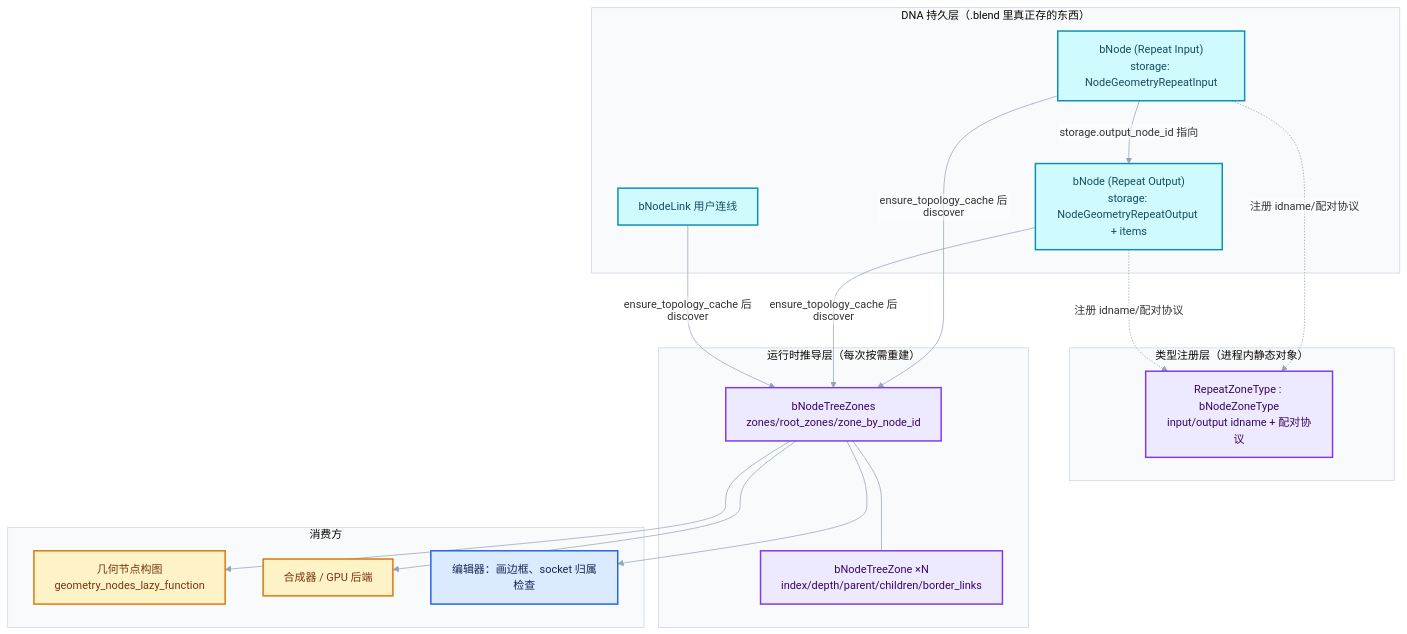
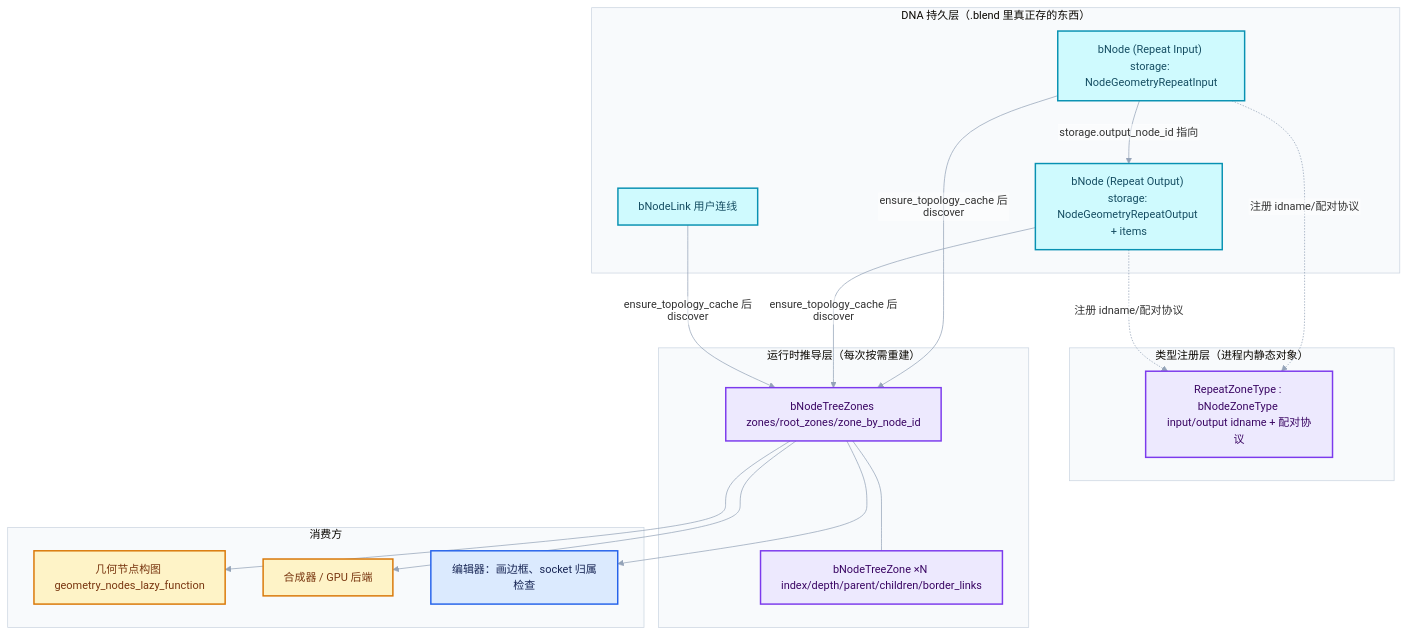
One commit to yunkezengren/blender-.vscode changed the third of 8 diagrams in 杂/markdown/重复区域-dsh/01-Zone系统基础/01-NodeTreeZone区域表示与配对.md. Above: the diagram before and after it, drawn with Mermaid. The commit also changed other lines of this file and 27 other files, not shown here.

````diff
--- a/杂/markdown/重复区域-dsh/01-Zone系统基础/01-NodeTreeZone区域表示与配对.md
+++ b/杂/markdown/重复区域-dsh/01-Zone系统基础/01-NodeTreeZone区域表示与配对.md
@@ -329,34 +243,34 @@
 ```mermaid
 %%{init: {"theme":"base","themeVariables":{"fontFamily":"\"Segoe UI\",\"Microsoft YaHei\",sans-serif","fontSize":"15px","lineColor":"#94A3B8","edgeLabelBackground":"#FFFFFF","clusterBkg":"#F8FAFC","clusterBorder":"#CBD5E1"},"flowchart":{"htmlLabels":false,"curve":"basis","nodeSpacing":52,"rankSpacing":64,"padding":14,"diagramPadding":16,"useMaxWidth":true},"sequence":{"useMaxWidth":true,"wrap":true,"mirrorActors":false,"messageMargin":36}}}%%
 flowchart TB
   subgraph DNA["DNA 持久层（.blend 里真正存的东西）"]
-    N1["bNode (Repeat Input)<br/>storage: NodeGeometryRepeatInput"]:::data
-    N2["bNode (Repeat Output)<br/>storage: NodeGeometryRepeatOutput + items"]:::data
+    N1["bNode (Repeat Input) storage: NodeGeometryRepeatInput"]:::data
+    N2["bNode (Repeat Output) storage: NodeGeometryRepeatOutput + items"]:::data
     L1["bNodeLink 用户连线"]:::data
   end
   subgraph REG["类型注册层（进程内静态对象）"]
-    ZT["RepeatZoneType : bNodeZoneType<br/>input/output idname + 配对协议"]:::abstraction
+    ZT["RepeatZoneType : bNodeZoneType input/output idname + 配对协议"]:::abstraction
   end
   subgraph RT["运行时推导层（每次按需重建）"]
-    Z["bNodeTreeZone ×N<br/>index/depth/parent/children/border_links"]:::abstraction
-    ZS["bNodeTreeZones<br/>zones/root_zones/zone_by_node_id"]:::abstraction
+    Z["bNodeTreeZone ×N index/depth/parent/children/border_links"]:::abstraction
+    ZS["bNodeTreeZones zones/root_zones/zone_by_node_id"]:::abstraction
   end
   subgraph USE["消费方"]
-    GEO["几何节点构图<br/>geometry_nodes_lazy_function"]:::compute
+    GEO["几何节点构图 geometry_nodes_lazy_function"]:::compute
     CMP["合成器 / GPU 后端"]:::compute
     UI["编辑器：画边框、socket 归属检查"]:::input
   end
   N1 -->|"storage.output_node_id 指向"| N2
   N1 & N2 -.->|"注册 idname/配对协议"| ZT
   N1 & N2 & L1 -->|"ensure_topology_cache 后 discover"| ZS
   ZS --- Z
   ZS --> GEO
   ZS --> CMP
   ZS --> UI
   classDef input fill:#DBEAFE,stroke:#2563EB,color:#172554,stroke-width:2px;
   classDef data fill:#CFFAFE,stroke:#0891B2,color:#164E63,stroke-width:2px;
   classDef abstraction fill:#EDE9FE,stroke:#7C3AED,color:#3B0764,stroke-width:2px;
   classDef compute fill:#FEF3C7,stroke:#D97706,color:#78350F,stroke-width:2px;
   classDef result fill:#DCFCE7,stroke:#16A34A,color:#14532D,stroke-width:2px;
   classDef error fill:#FEE2E2,stroke:#DC2626,color:#7F1D1D,stroke-width:2px;
 ```
````
